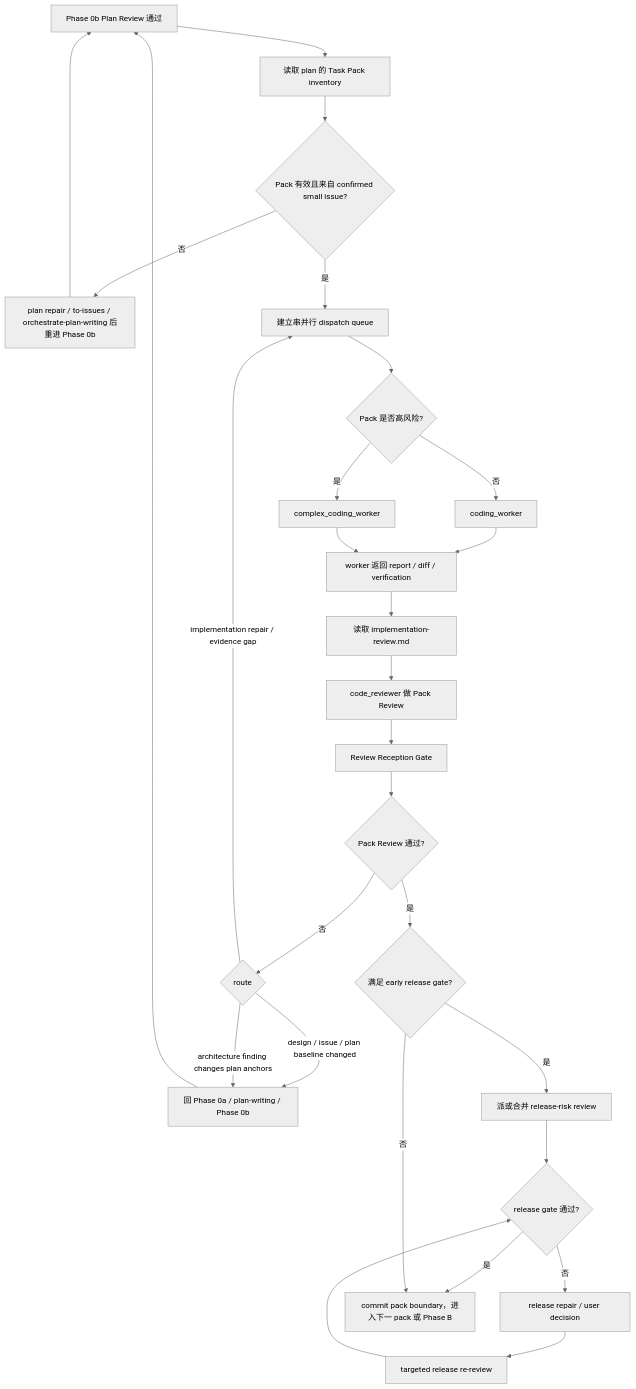
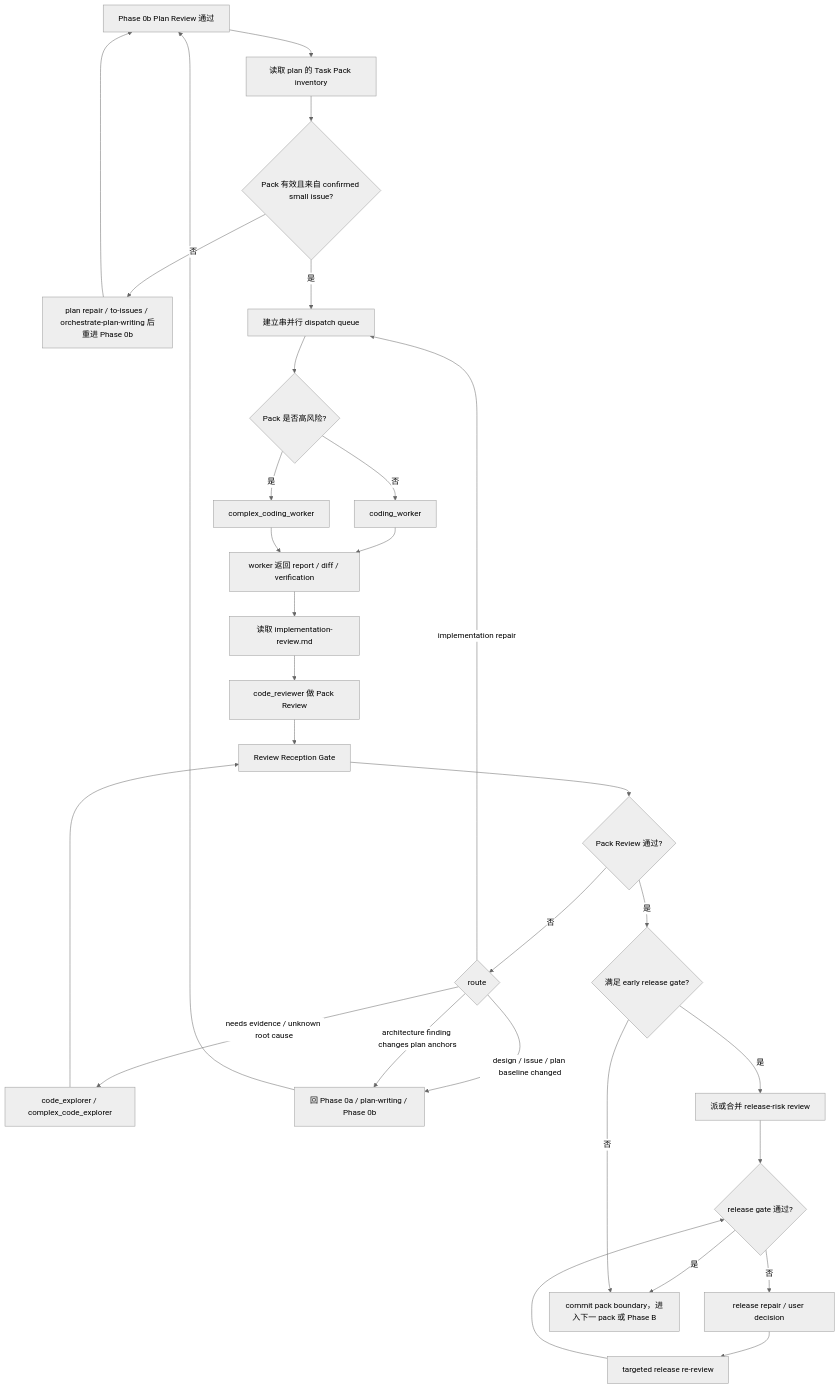
One commit to chancheuklap/multi-model-workflow changed the diagram in .agents/skills/orchestrate-workflow/references/dispatch-contract.md. Above: the diagram before and after it, drawn with Mermaid (neutral theme). The commit also changed other lines of this file and 14 other files, not shown here.

````diff
--- a/.agents/skills/orchestrate-workflow/references/dispatch-contract.md
+++ b/.agents/skills/orchestrate-workflow/references/dispatch-contract.md
@@ -88,30 +89,32 @@
 ```mermaid
 flowchart TD
     A["Phase 0b Plan Review 通过"] --> B["读取 plan 的 Task Pack inventory"]
     B --> C{"Pack 有效且来自 confirmed small issue?"}
     C -->|否| D["plan repair / to-issues / orchestrate-plan-writing 后重进 Phase 0b"]
     D --> A
     C -->|是| E["建立串并行 dispatch queue"]
     E --> F{"Pack 是否高风险?"}
     F -->|否| G["coding_worker"]
     F -->|是| H["complex_coding_worker"]
     G --> I["worker 返回 report / diff / verification"]
     H --> I
     I --> J["读取 implementation-review.md"]
     J --> K["code_reviewer 做 Pack Review"]
     K --> L["Review Reception Gate"]
     L --> M{"Pack Review 通过?"}
     M -->|否| N{"route"}
-    N -->|implementation repair / evidence gap| E
+    N -->|implementation repair| E
+    N -->|needs evidence / unknown root cause| V["code_explorer / complex_code_explorer"]
+    V --> L
     N -->|design / issue / plan baseline changed| U["回 Phase 0a / plan-writing / Phase 0b"]
     U --> A
     N -->|architecture finding changes plan anchors| U
     M -->|是| O{"满足 early release gate?"}
     O -->|是| P["派或合并 release-risk review"]
     P --> Q{"release gate 通过?"}
     Q -->|否| R["release repair / user decision"]
     R --> S["targeted release re-review"]
     S --> Q
     Q -->|是| T["commit pack boundary，进入下一 pack 或 Phase B"]
     O -->|否| T
 ```
````
